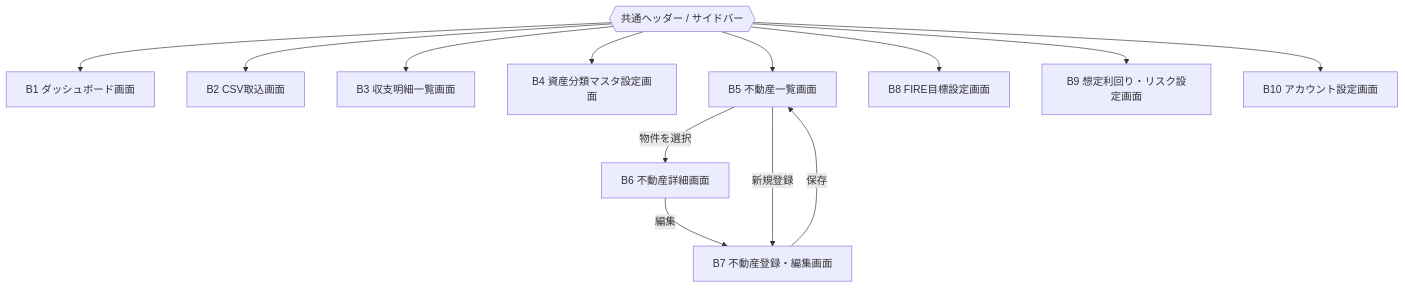
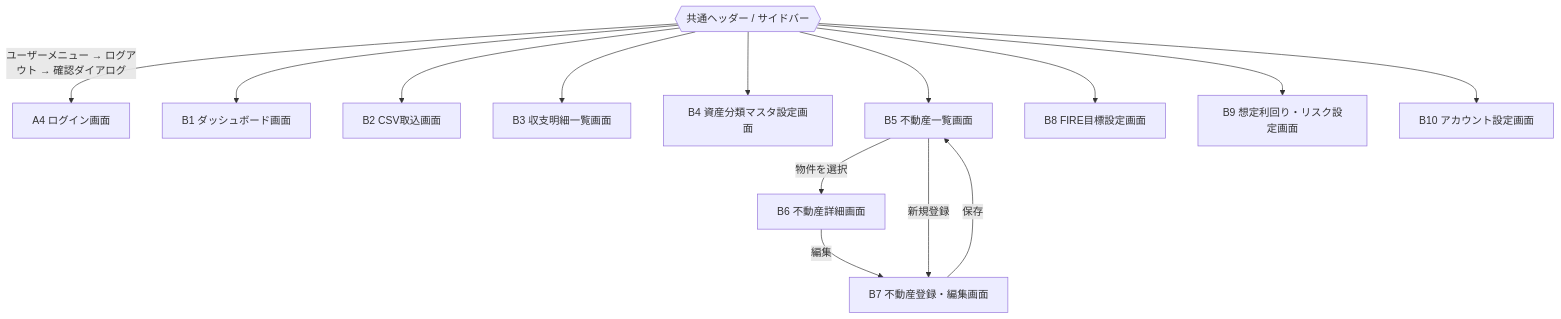
Before and after one commit to KunitoObara/FIRE_FIRE: the third of 3 diagrams in docs/screen-list-and-transitions.md, drawn with Mermaid. The commit also changed other lines of this file and 19 other files, not shown here.

````diff
--- a/docs/screen-list-and-transitions.md
+++ b/docs/screen-list-and-transitions.md
@@ -137,17 +151,18 @@
 ```mermaid
 flowchart TD
     Nav{{共通ヘッダー / サイドバー}}
+    Nav -->|ユーザーメニュー → ログアウト → 確認ダイアログ| Login[A4 ログイン画面]
     Nav --> Dashboard[B1 ダッシュボード画面]
     Nav --> CsvImport[B2 CSV取込画面]
     Nav --> Transactions[B3 収支明細一覧画面]
     Nav --> CategoryMaster[B4 資産分類マスタ設定画面]
     Nav --> RealEstateList[B5 不動産一覧画面]
     Nav --> FireGoal[B8 FIRE目標設定画面]
     Nav --> AssumptionSettings[B9 想定利回り・リスク設定画面]
     Nav --> AccountSettings[B10 アカウント設定画面]
 
     RealEstateList -->|物件を選択| RealEstateDetail[B6 不動産詳細画面]
     RealEstateDetail -->|編集| RealEstateEdit[B7 不動産登録・編集画面]
     RealEstateList -->|新規登録| RealEstateEdit
     RealEstateEdit -->|保存| RealEstateList
 ```
````
